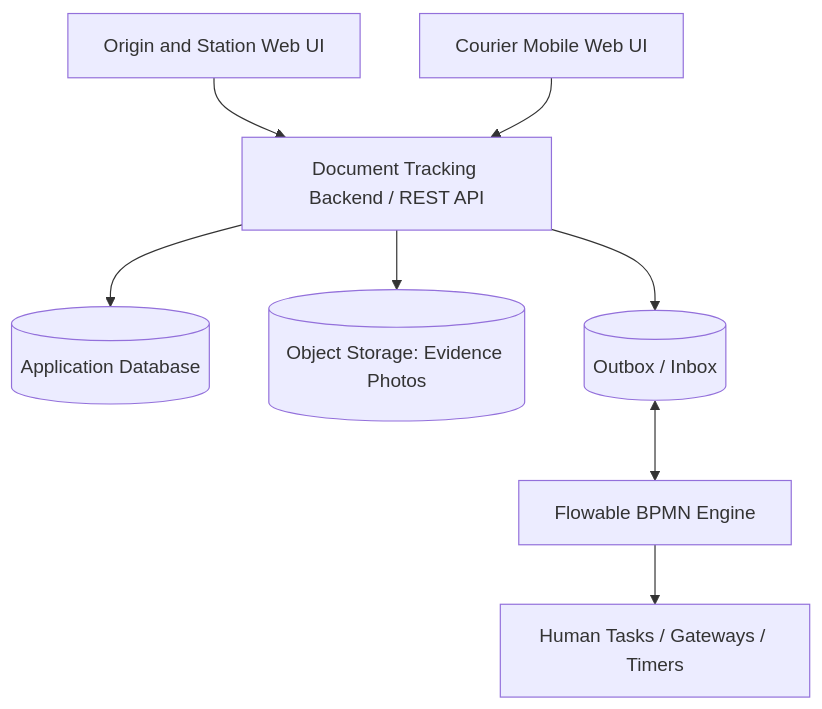
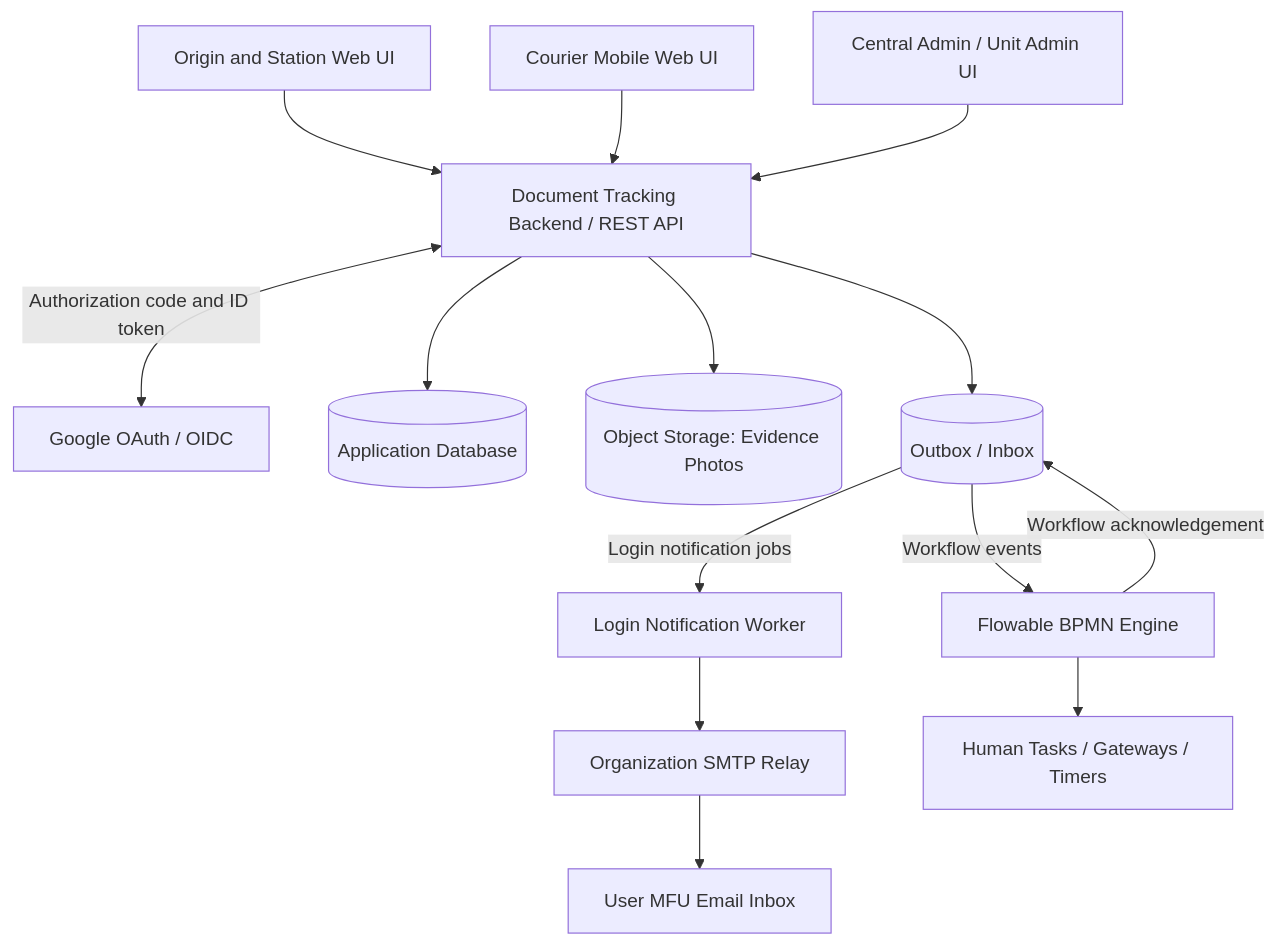
One commit to spinsnake/flowable-doctracking changed the first of 2 diagrams in document/Document_Tracking_Flowable_Development_Requirements.md. Above: the diagram before and after it, drawn with Mermaid. The commit also changed other lines of this file and 3 other files, not shown here.

````diff
--- a/document/Document_Tracking_Flowable_Development_Requirements.md
+++ b/document/Document_Tracking_Flowable_Development_Requirements.md
@@ -82,17 +102,28 @@
 ```mermaid
 flowchart TB
   UI1[Origin and Station Web UI]
   UI2[Courier Mobile Web UI]
+  UI3[Central Admin / Unit Admin UI]
   API[Document Tracking Backend / REST API]
+  GOOGLE[Google OAuth / OIDC]
   DB[(Application Database)]
   FS[(Object Storage: Evidence Photos)]
   OUT[(Outbox / Inbox)]
   ORCH[Flowable BPMN Engine]
+  MAILJOB[Login Notification Worker]
+  MAIL[Organization SMTP Relay]
+  INBOX[User MFU Email Inbox]
   UI1 --> API
   UI2 --> API
+  UI3 --> API
+  API <-->|Authorization code and ID token| GOOGLE
   API --> DB
   API --> FS
   API --> OUT
-  OUT <--> ORCH
+  OUT -->|Workflow events| ORCH
+  ORCH -->|Workflow acknowledgement| OUT
+  OUT -->|Login notification jobs| MAILJOB
+  MAILJOB --> MAIL
+  MAIL --> INBOX
   ORCH --> TASKS[Human Tasks / Gateways / Timers]
 ```
````
